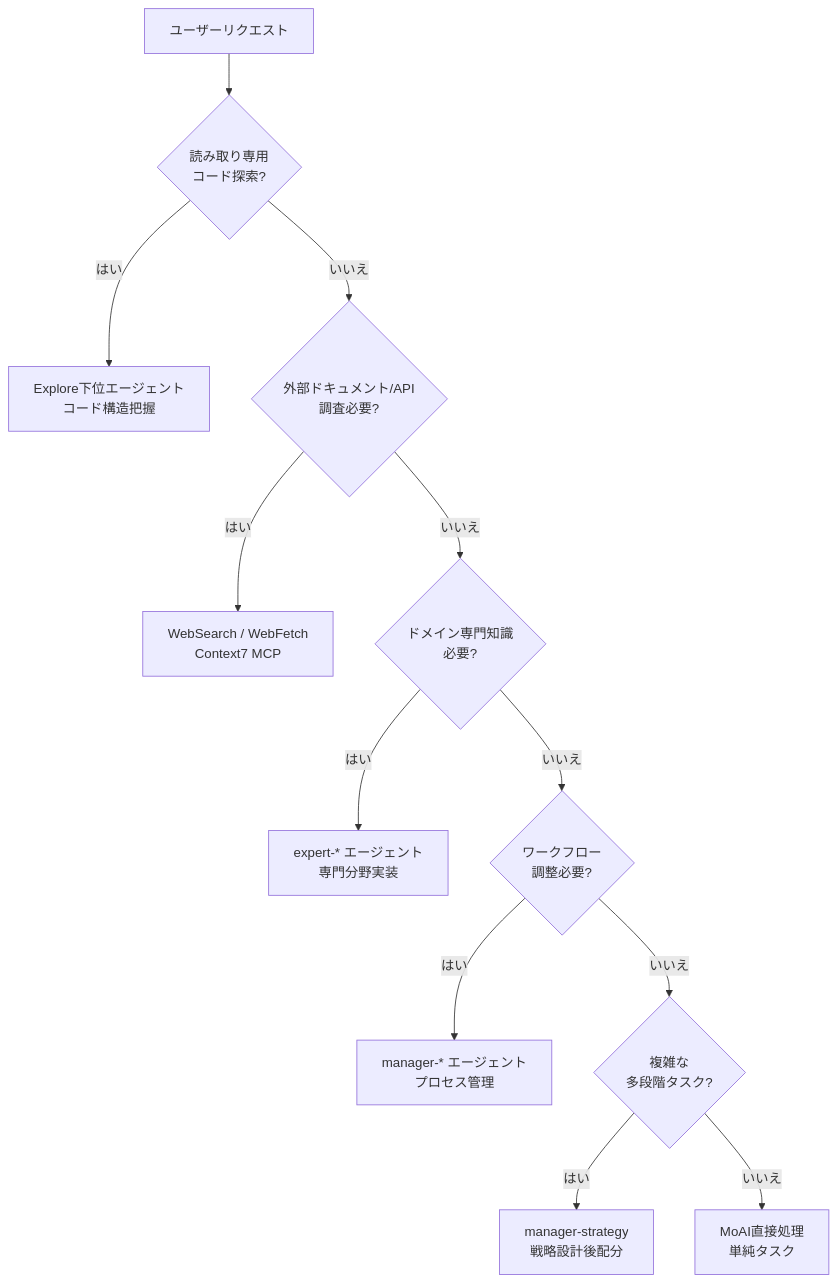
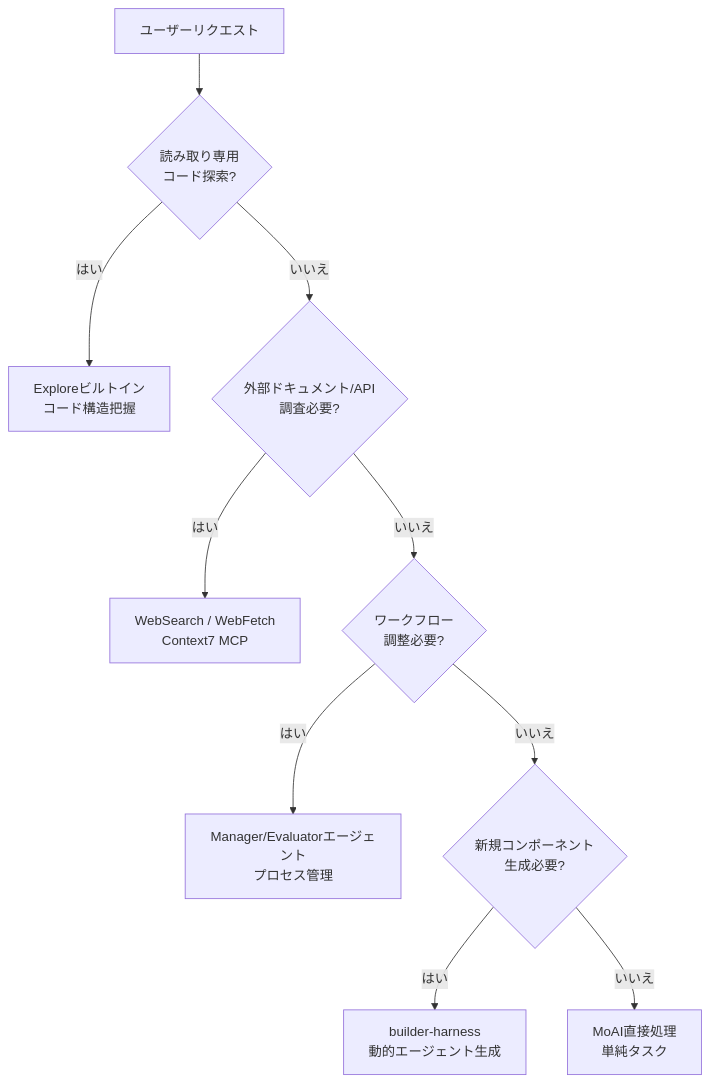
The third of 4 diagrams in docs-site/content/ja/advanced/agent-guide.md (modu-ai/moai-adk), drawn with Mermaid before and after one commit. The commit also changed other lines of this file and 153 other files, not shown here.

````diff
--- a/docs-site/content/ja/advanced/agent-guide.md
+++ b/docs-site/content/ja/advanced/agent-guide.md
@@ -177,19 +144,16 @@
 ```mermaid
 flowchart TD
     START[ユーザーリクエスト] --> Q1{読み取り専用<br/>コード探索?}
 
-    Q1 -->|はい| EXPLORE["Explore下位エージェント<br/>コード構造把握"]
+    Q1 -->|はい| EXPLORE["Exploreビルトイン<br/>コード構造把握"]
     Q1 -->|いいえ| Q2{外部ドキュメント/API<br/>調査必要?}
 
     Q2 -->|はい| WEB["WebSearch / WebFetch<br/>Context7 MCP"]
-    Q2 -->|いいえ| Q3{ドメイン専門知識<br/>必要?}
+    Q2 -->|いいえ| Q3{ワークフロー<br/>調整必要?}
 
-    Q3 -->|はい| EXPERT["expert-* エージェント<br/>専門分野実装"]
-    Q3 -->|いいえ| Q4{ワークフロー<br/>調整必要?}
+    Q3 -->|はい| MANAGER["Manager/Evaluatorエージェント<br/>プロセス管理"]
+    Q3 -->|いいえ| Q4{新規コンポーネント<br/>生成必要?}
 
-    Q4 -->|はい| MANAGER["manager-* エージェント<br/>プロセス管理"]
-    Q4 -->|いいえ| Q5{複雑な<br/>多段階タスク?}
-
-    Q5 -->|はい| STRATEGY["manager-strategy<br/>戦略設計後配分"]
-    Q5 -->|いいえ| DIRECT["MoAI直接処理<br/>単純タスク"]
+    Q4 -->|はい| BUILDER["builder-harness<br/>動的エージェント生成"]
+    Q4 -->|いいえ| DIRECT["MoAI直接処理<br/>単純タスク"]
 ```
````
